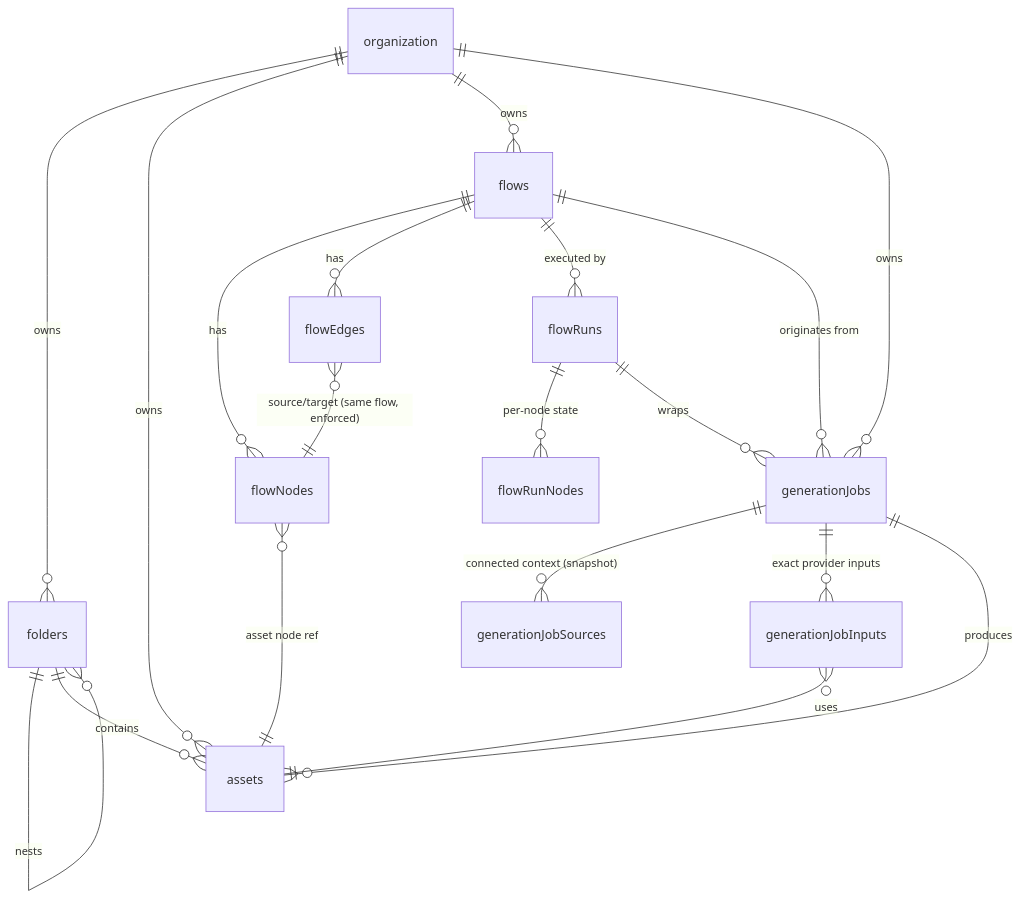
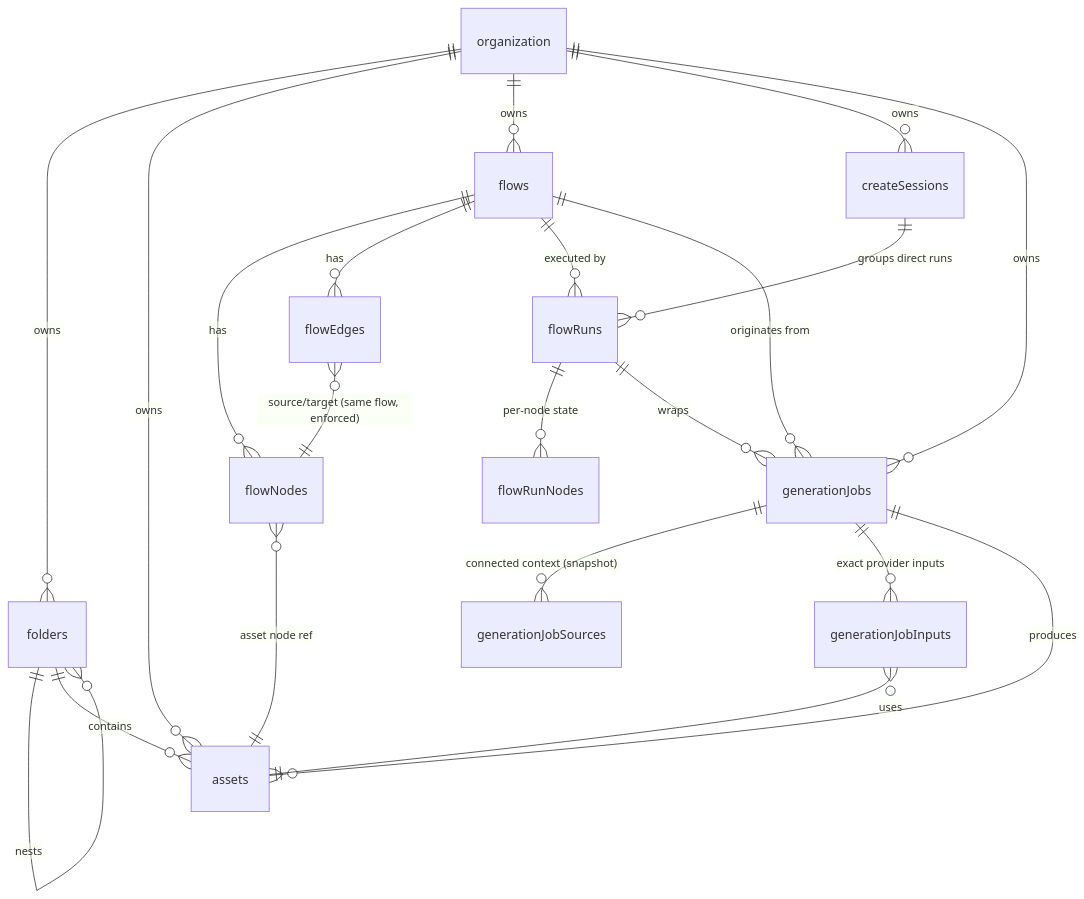
One commit to leognmotta/talelabs changed the diagram in docs/db-design-planning-v2.md. Above: the diagram before and after it, drawn with Mermaid. The commit also changed other lines of this file and 5 other files, not shown here.

````diff
--- a/docs/db-design-planning-v2.md
+++ b/docs/db-design-planning-v2.md
@@ -138,23 +143,25 @@
 ```mermaid
 erDiagram
     organization ||--o{ folders : owns
     organization ||--o{ assets : owns
     organization ||--o{ flows : owns
+    organization ||--o{ createSessions : owns
     organization ||--o{ generationJobs : owns
 
     folders ||--o{ folders : nests
     folders ||--o{ assets : contains
     flows ||--o{ flowNodes : has
     flows ||--o{ flowEdges : has
     flows ||--o{ flowRuns : "executed by"
+    createSessions ||--o{ flowRuns : "groups direct runs"
     flowRuns ||--o{ flowRunNodes : "per-node state"
     flowRuns ||--o{ generationJobs : wraps
     flowNodes }o--|| assets : "asset node ref"
     flowEdges }o--|| flowNodes : "source/target (same flow, enforced)"
 
     generationJobs }o--|| flows : "originates from"
     generationJobs ||--o{ generationJobSources : "connected context (snapshot)"
     generationJobs ||--o{ generationJobInputs : "exact provider inputs"
     generationJobs ||--o{ assets : produces
     generationJobInputs }o--|| assets : uses
 ```
````
